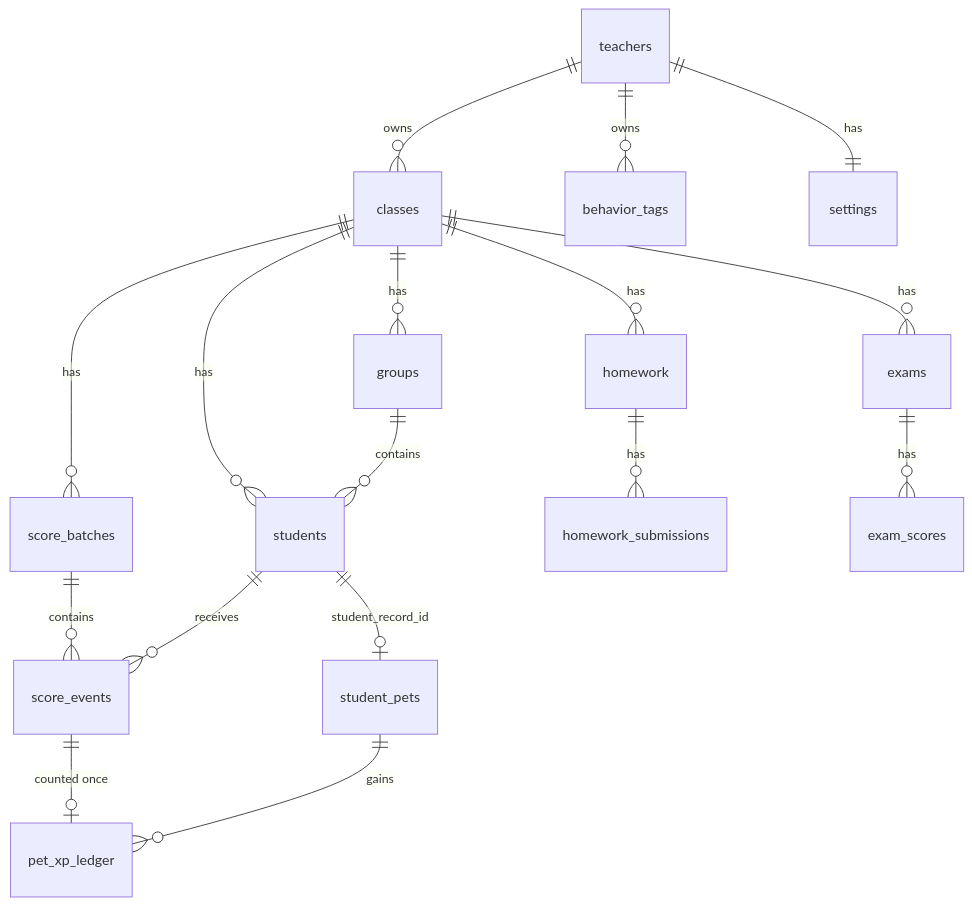
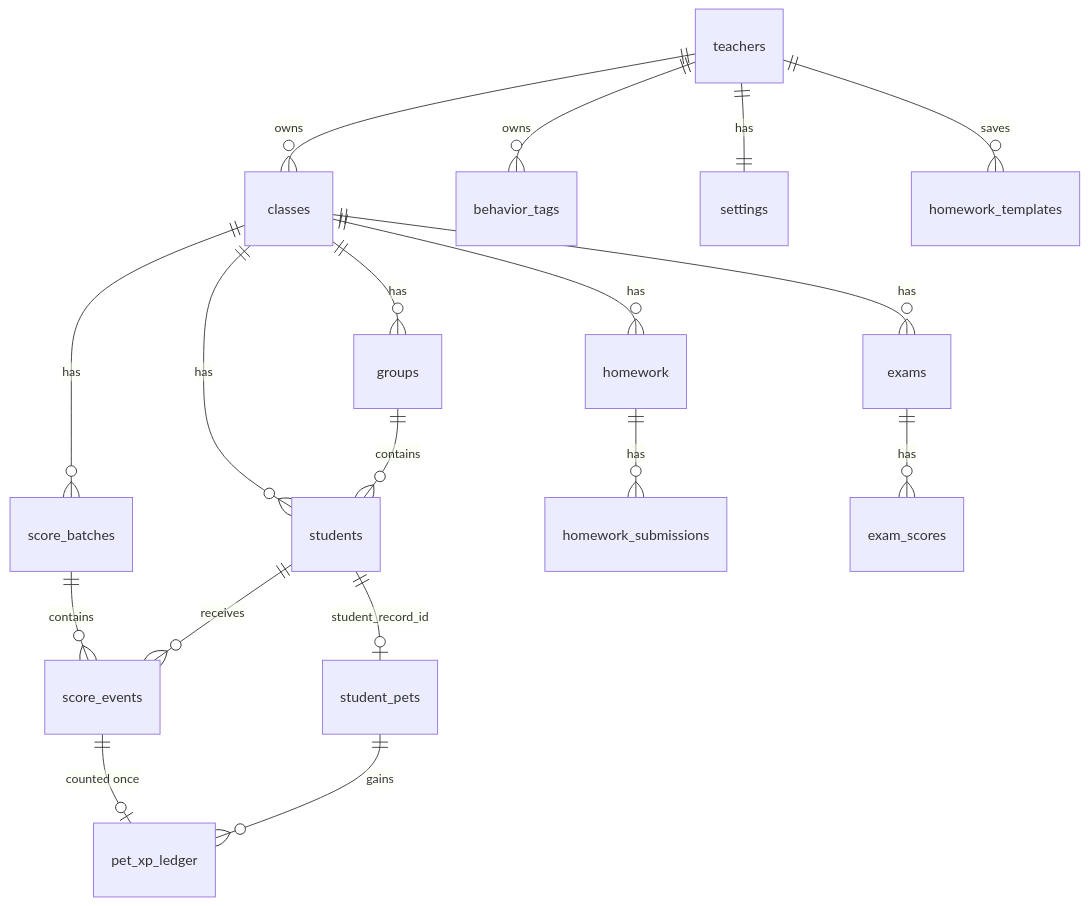
Before and after one commit to pomanworking-cmyk/tickandmark: the diagram in docs/database.md, drawn with Mermaid. The commit also changed other lines of this file and 22 other files, not shown here.

First line of the commit message:
淺色可愛風格、預覽內嵌寵物圖、常用功課範本

````diff
--- a/docs/database.md
+++ b/docs/database.md
@@ -5,19 +5,20 @@
 ```mermaid
 erDiagram
   teachers ||--o{ classes : owns
   teachers ||--o{ behavior_tags : owns
   teachers ||--|| settings : has
   classes ||--o{ students : has
   classes ||--o{ groups : has
   groups ||--o{ students : contains
   students ||--o| student_pets : "student_record_id"
   classes ||--o{ score_batches : has
   score_batches ||--o{ score_events : contains
   students ||--o{ score_events : receives
   score_events ||--o| pet_xp_ledger : "counted once"
   student_pets ||--o{ pet_xp_ledger : gains
   classes ||--o{ homework : has
   homework ||--o{ homework_submissions : has
+  teachers ||--o{ homework_templates : saves
   classes ||--o{ exams : has
   exams ||--o{ exam_scores : has
 ```
````
